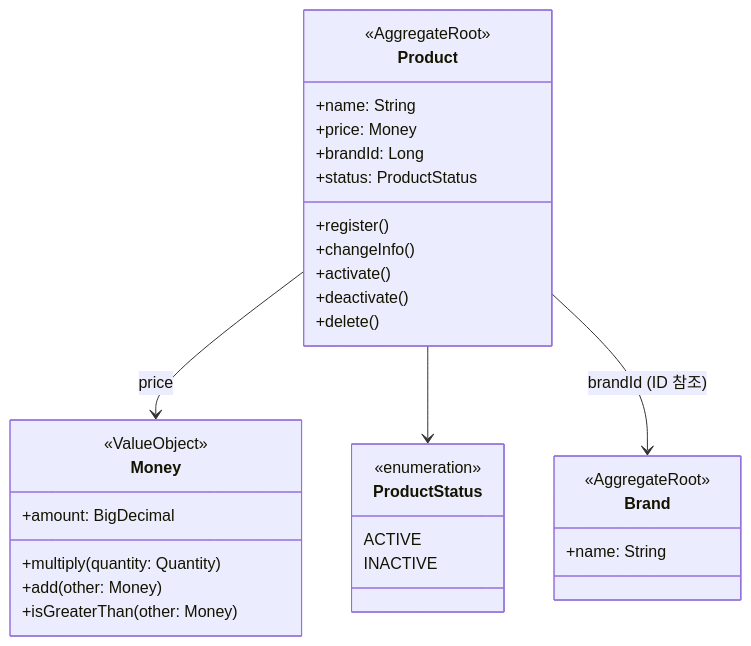
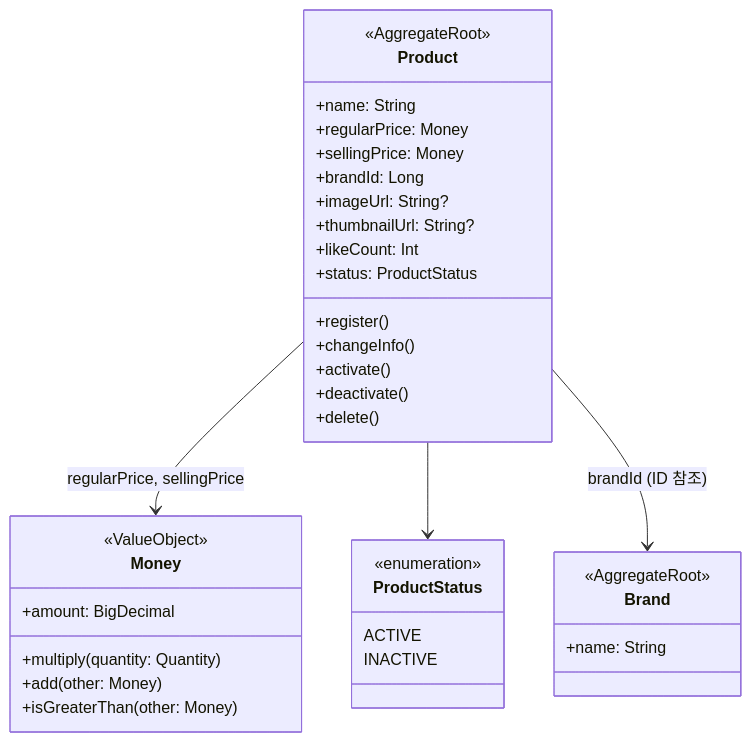
The seventh of 19 diagrams in docs/design/02-class-diagram.md (Loopers-dev-lab/loop-pack-be-l2-vol3-kotlin), drawn with Mermaid before and after one commit. The commit also changed other lines of this file and 1 other file, not shown here.

First line of the commit message:
docs: 클래스 다이어그램, 시퀀스 다이어그램 구현 반영

````diff
--- a/docs/design/02-class-diagram.md
+++ b/docs/design/02-class-diagram.md
@@ -408,38 +412,42 @@
 ```mermaid
 classDiagram
     class Product {
         <<AggregateRoot>>
         +name: String
-        +price: Money
+        +regularPrice: Money
+        +sellingPrice: Money
         +brandId: Long
+        +imageUrl: String?
+        +thumbnailUrl: String?
+        +likeCount: Int
         +status: ProductStatus
         +register()
         +changeInfo()
         +activate()
         +deactivate()
         +delete()
     }
 
     class Money {
         <<ValueObject>>
         +amount: BigDecimal
         +multiply(quantity: Quantity)
         +add(other: Money)
         +isGreaterThan(other: Money)
     }
 
     class ProductStatus {
         <<enumeration>>
         ACTIVE
         INACTIVE
     }
 
     class Brand {
         <<AggregateRoot>>
         +name: String
     }
 
-    Product --> Money: price
+    Product --> Money: regularPrice, sellingPrice
     Product --> ProductStatus
     Product --> Brand: brandId (ID 참조)
 ```
````
